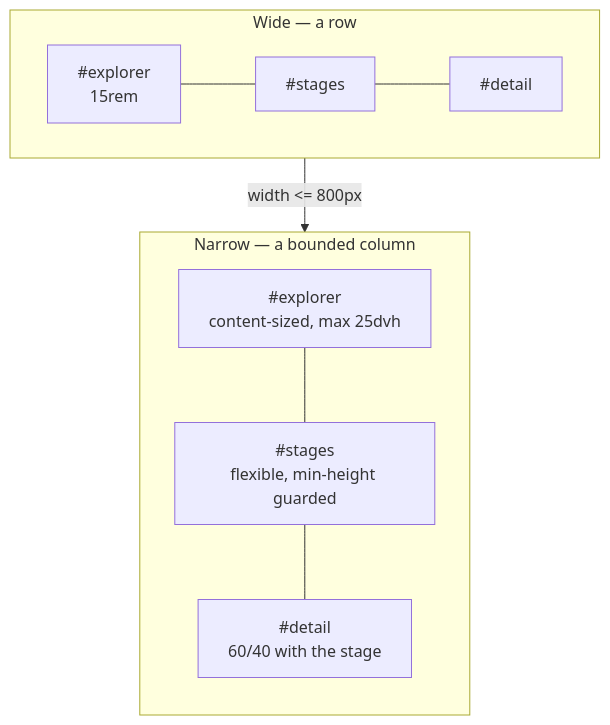
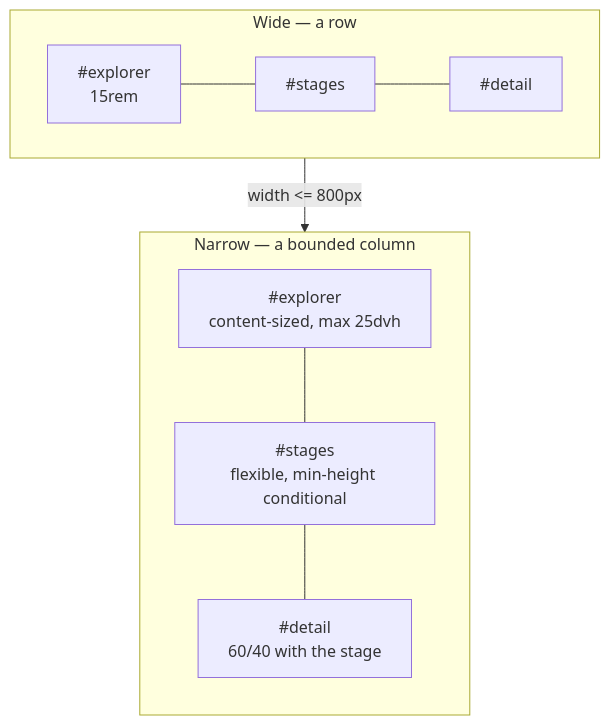
One commit to pengzhengyi/dialoguedown changed the diagram in docs/contributing/design-notes/Live Visualization - Narrow Screen Layout.md. Above: the diagram before and after it, drawn with Mermaid. The commit also changed 76 other files, not shown here.

First line of the commit message:
refactor(graph): unify guard and condition into one name (#316)

````diff
--- a/docs/contributing/design-notes/Live Visualization - Narrow Screen Layout.md
+++ b/docs/contributing/design-notes/Live Visualization - Narrow Screen Layout.md
@@ -154,15 +154,15 @@
 ```mermaid
 flowchart TB
     subgraph wide["Wide — a row"]
         direction LR
         W1["#explorer<br/>15rem"] --- W2["#stages"] --- W3["#detail"]
     end
     subgraph narrow["Narrow — a bounded column"]
         direction TB
         N1["#explorer<br/>content-sized, max 25dvh"]
-        N2["#stages<br/>flexible, min-height guarded"]
+        N2["#stages<br/>flexible, min-height conditional"]
         N3["#detail<br/>60/40 with the stage"]
         N1 --- N2 --- N3
     end
     wide -->|"width <= 800px"| narrow
 ```
````
